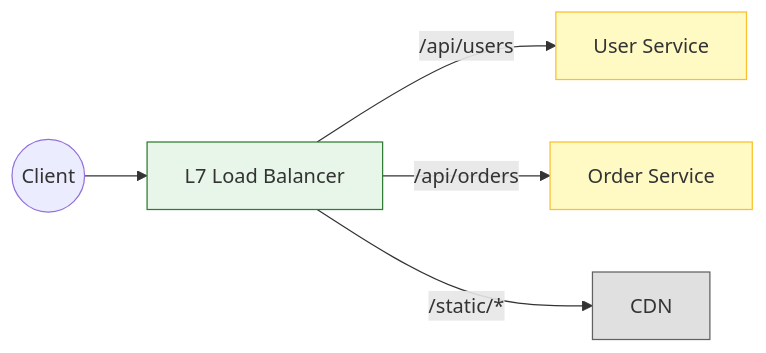
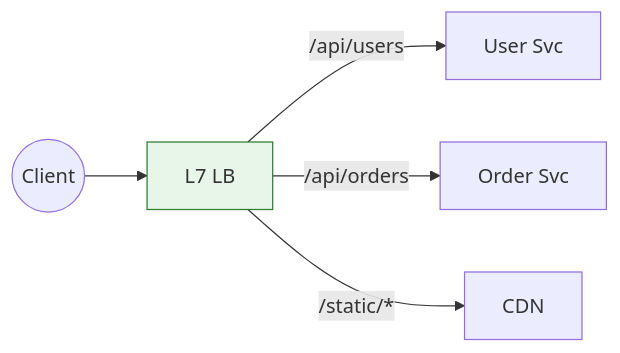
One commit to thseo4813/Study-Notes changed the second of 4 diagrams in 04-system-design/api-gateway-patterns.md. Above: the diagram before and after it, drawn with Mermaid. The commit also changed other lines of this file and 13 other files, not shown here.

````diff
--- a/04-system-design/api-gateway-patterns.md
+++ b/04-system-design/api-gateway-patterns.md
@@ -151,13 +66,10 @@
 ```mermaid
 graph LR
-    Client((Client)) --> L7[L7 Load Balancer]
+    Client((Client)) --> L7[L7 LB]
     
-    L7 -- "/api/users" --> User[User Service]
-    L7 -- "/api/orders" --> Order[Order Service]
+    L7 -- "/api/users" --> User[User Svc]
+    L7 -- "/api/orders" --> Order[Order Svc]
     L7 -- "/static/*" --> CDN[CDN]
 
     style L7 fill:#e8f5e9,stroke:#2e7d32
-    style User fill:#fff9c4,stroke:#fbc02d
-    style Order fill:#fff9c4,stroke:#fbc02d
-    style CDN fill:#e0e0e0,stroke:#616161
 ```
````
